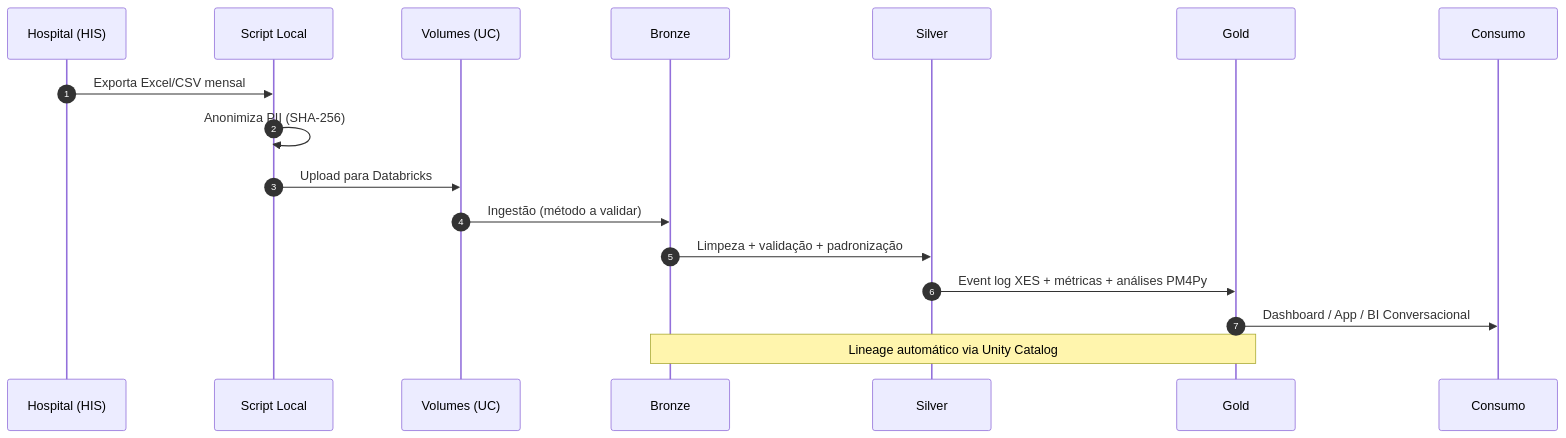
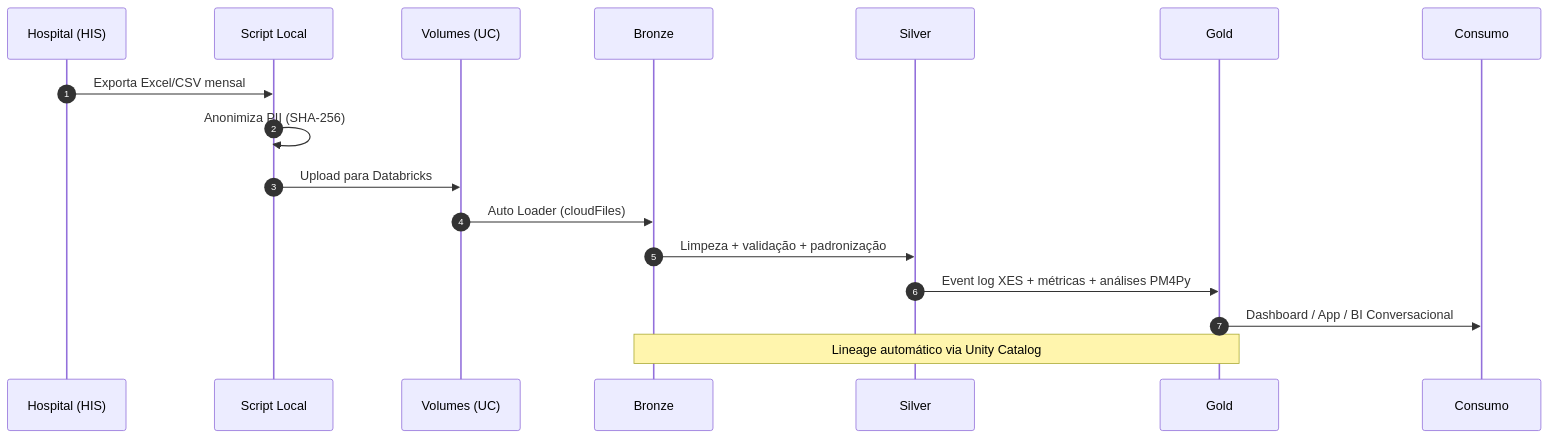
Before and after one commit to ediney-magalhaes/patient-flow-process-mining: the third of 3 diagrams in ARCHITECTURE.md, drawn with Mermaid. The commit also changed other lines of this file and 5 other files, not shown here.

````diff
--- a/ARCHITECTURE.md
+++ b/ARCHITECTURE.md
@@ -266,21 +270,21 @@
 ```mermaid
 sequenceDiagram
     autonumber
     participant H as Hospital (HIS)
     participant L as Script Local
     participant V as Volumes (UC)
     participant B as Bronze
     participant S as Silver
     participant G as Gold
     participant C as Consumo
  
     H->>L: Exporta Excel/CSV mensal
     L->>L: Anonimiza PII (SHA-256)
     L->>V: Upload para Databricks
-    V->>B: Ingestão (método a validar)
+    V->>B: Auto Loader (cloudFiles)
     B->>S: Limpeza + validação + padronização
     S->>G: Event log XES + métricas + análises PM4Py
     G->>C: Dashboard / App / BI Conversacional
  
     Note over B,G: Lineage automático via Unity Catalog
 ```
````
